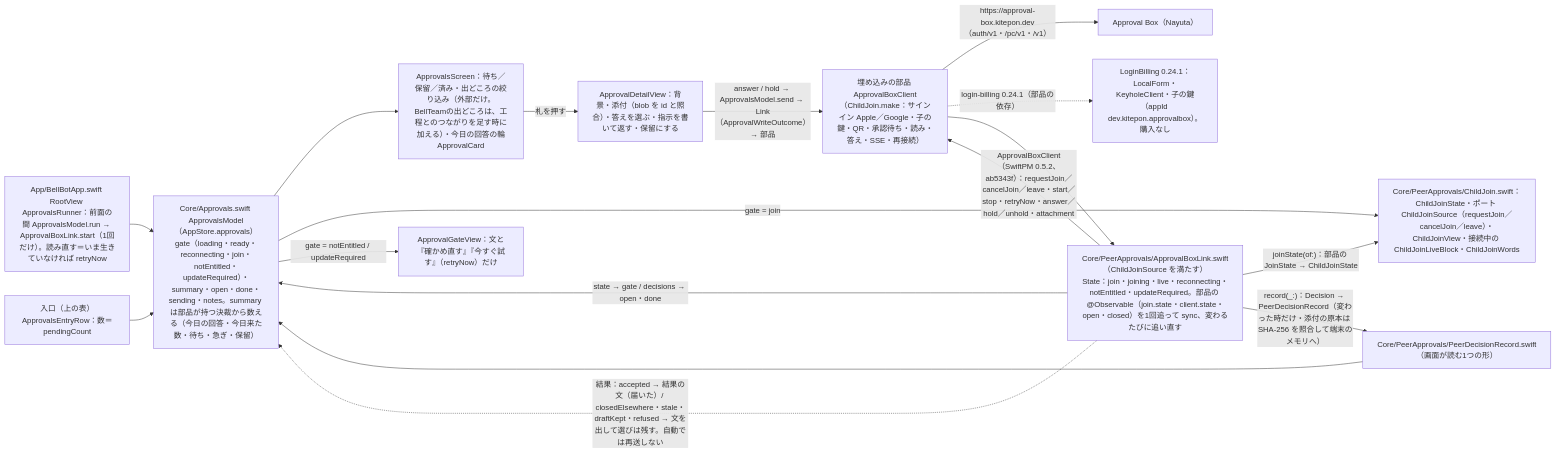
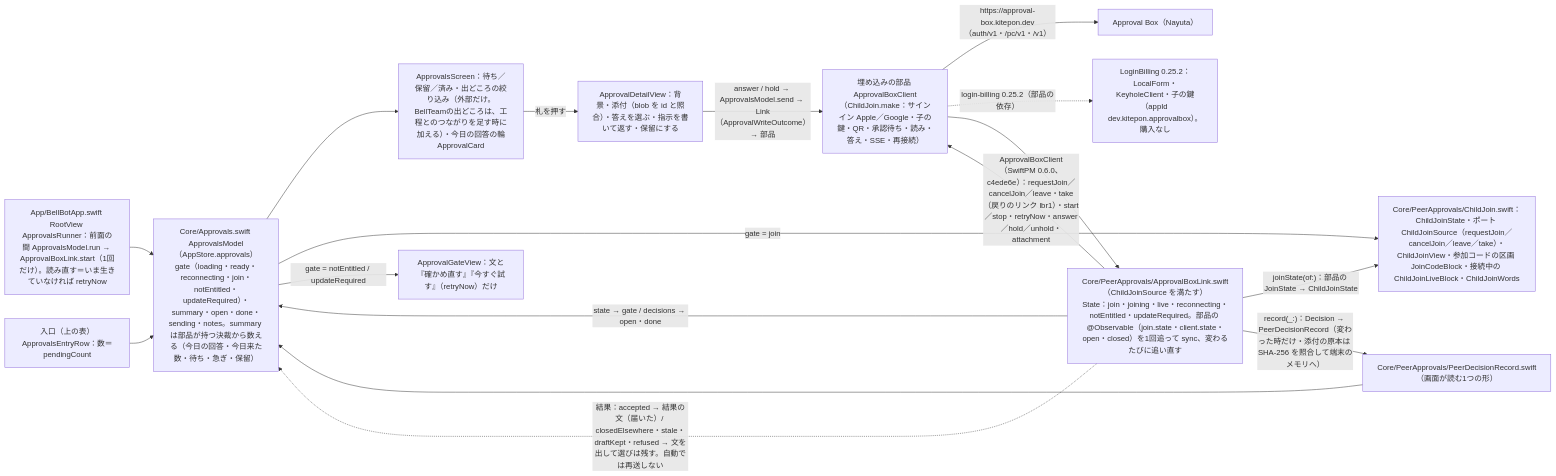
Before and after one commit to kitepon/BellTeam: the diagram in docs/architecture/modules/apple/approvals.md, drawn with Mermaid. The commit also changed other lines of this file and 17 other files, not shown here.

Commit message:
Apple 203: ApprovalBoxClient 0.6.0 + login-billing 0.25.2, join code and return link (a540-rc-apple-203)

````diff
--- a/docs/architecture/modules/apple/approvals.md
+++ b/docs/architecture/modules/apple/approvals.md
@@ -17,21 +17,21 @@
 ```mermaid
 flowchart LR
   Run["App/BellBotApp.swift RootView ApprovalsRunner：前面の間 ApprovalsModel.run → ApprovalBoxLink.start（1回だけ）。読み直す＝いま生きていなければ retryNow"] --> Model
   Entry["入口（上の表）ApprovalsEntryRow：数＝pendingCount"] --> Model
   Model["Core/Approvals.swift ApprovalsModel（AppStore.approvals）<br/>gate（loading・ready・reconnecting・join・notEntitled・updateRequired）・summary・open・done・sending・notes。summary は部品が持つ決裁から数える（今日の回答・今日来た数・待ち・急ぎ・保留）"]
   Link["Core/PeerApprovals/ApprovalBoxLink.swift（ChildJoinSource を満たす）<br/>State：join・joining・live・reconnecting・notEntitled・updateRequired。部品の @Observable（join.state・client.state・open・closed）を1回追って sync、変わるたびに追い直す"]
   Link -->|"state → gate / decisions → open・done"| Model
-  Link -->|"ApprovalBoxClient（SwiftPM 0.5.2、ab5343f）：requestJoin／cancelJoin／leave・start／stop・retryNow・answer／hold／unhold・attachment"| Comp["埋め込みの部品 ApprovalBoxClient（ChildJoin.make：サインイン Apple／Google・子の鍵・QR・承認待ち・読み・答え・SSE・再接続）"]
+  Link -->|"ApprovalBoxClient（SwiftPM 0.6.0、c4ede6e）：requestJoin／cancelJoin／leave・take（戻りのリンク lbr1）・start／stop・retryNow・answer／hold／unhold・attachment"| Comp["埋め込みの部品 ApprovalBoxClient（ChildJoin.make：サインイン Apple／Google・子の鍵・QR・承認待ち・読み・答え・SSE・再接続）"]
   Comp -->|"https://approval-box.kitepon.dev（auth/v1・/pc/v1・/v1）"| AB["Approval Box（Nayuta）"]
-  Comp -.->|"login-billing 0.24.1（部品の依存）"| LB["LoginBilling 0.24.1：LocalForm・KeyholeClient・子の鍵（appId dev.kitepon.approvalbox）。購入なし"]
+  Comp -.->|"login-billing 0.25.2（部品の依存）"| LB["LoginBilling 0.25.2：LocalForm・KeyholeClient・子の鍵（appId dev.kitepon.approvalbox）。購入なし"]
   Comp --> Link
-  Link -->|"joinState(of:)：部品の JoinState → ChildJoinState"| CJ["Core/PeerApprovals/ChildJoin.swift：ChildJoinState・ポート ChildJoinSource（requestJoin／cancelJoin／leave）・ChildJoinView・接続中の ChildJoinLiveBlock・ChildJoinWords"]
+  Link -->|"joinState(of:)：部品の JoinState → ChildJoinState"| CJ["Core/PeerApprovals/ChildJoin.swift：ChildJoinState・ポート ChildJoinSource（requestJoin／cancelJoin／leave／take）・ChildJoinView・参加コードの区画 JoinCodeBlock・接続中の ChildJoinLiveBlock・ChildJoinWords"]
   Link -->|"record(_:)：Decision → PeerDecisionRecord（変わった時だけ・添付の原本は SHA-256 を照合して端末のメモリへ）"| Rec["Core/PeerApprovals/PeerDecisionRecord.swift（画面が読む1つの形）"]
   Rec --> Model
   Model --> Screen["ApprovalsScreen：待ち／保留／済み・出どころの絞り込み（外部だけ。BellTeamの出どころは、工程とのつながりを足す時に加える）・今日の回答の輪<br/>ApprovalCard"]
   Screen -->|"札を押す"| Detail["ApprovalDetailView：背景・添付（blob を id と照合）・答えを選ぶ・指示を書いて返す・保留にする"]
   Detail -->|"answer / hold → ApprovalsModel.send → Link（ApprovalWriteOutcome）→ 部品"| Comp
   Link -.->|"結果：accepted → 結果の文（届いた）/ closedElsewhere・stale・draftKept・refused → 文を出して選びは残す。自動では再送しない"| Model
   Model -->|"gate = join"| CJ
   Model -->|"gate = notEntitled / updateRequired"| GateView["ApprovalGateView：文と『確かめ直す』『今すぐ試す』（retryNow）だけ"]
 ```
````
